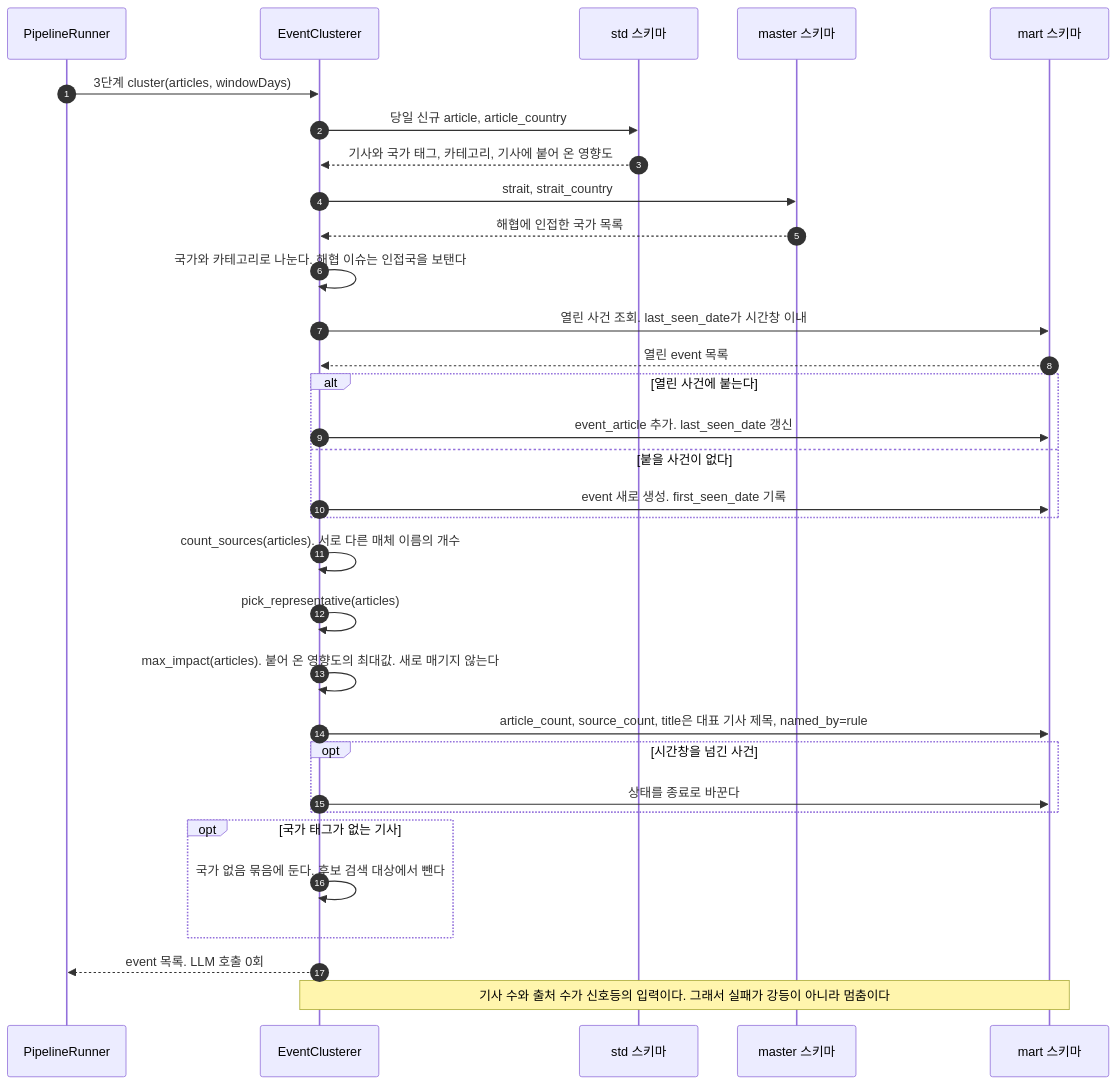
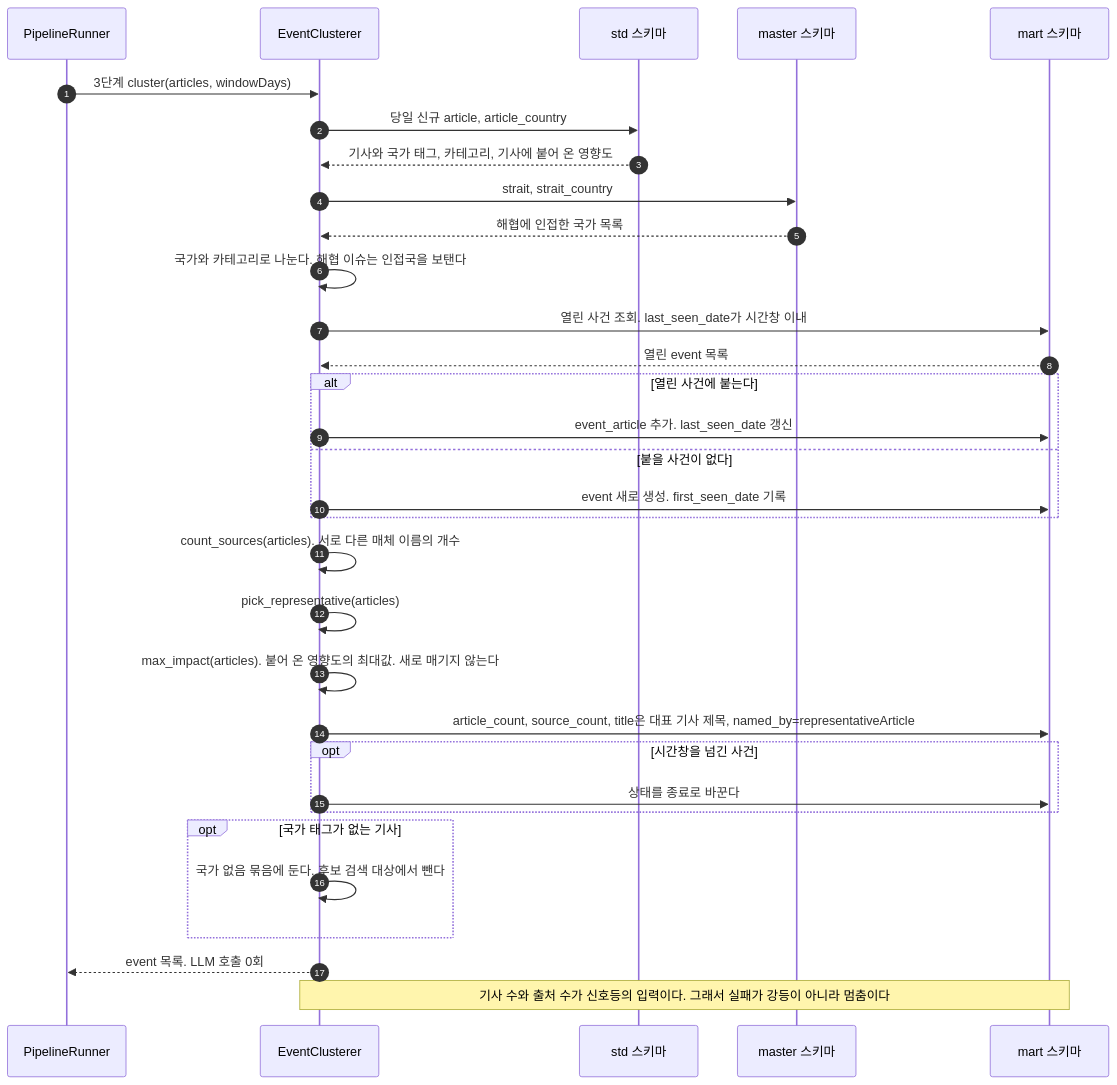
The sixth of 14 diagrams in docs/specs/09-SEQ/TBL-SEQ-001.md (HoyoungParkme/tableau_platform), drawn with Mermaid before and after one commit. The commit also changed other lines of this file, not shown here.

Commit message:
교차 검증 반영: A 리포트 열람 게시 사본 경로 확정(F1 닫음), 도메인 상태 신호등을 5단계 산출물로, notices와 소스별 최신일 게시, 백필 분기, 자기호출 라벨을 MS 이름에 맞춤, named_by=representativeArticle

````diff
--- a/docs/specs/09-SEQ/TBL-SEQ-001.md
+++ b/docs/specs/09-SEQ/TBL-SEQ-001.md
@@ -377,34 +406,34 @@
 ```mermaid
 sequenceDiagram
   autonumber
   participant RUN as PipelineRunner
   participant EVC as EventClusterer
   participant DB_STD as std 스키마
   participant DB_MASTER as master 스키마
   participant DB_MART as mart 스키마
   RUN->>EVC: 3단계 cluster(articles, windowDays)
   EVC->>DB_STD: 당일 신규 article, article_country
   DB_STD-->>EVC: 기사와 국가 태그, 카테고리, 기사에 붙어 온 영향도
   EVC->>DB_MASTER: strait, strait_country
   DB_MASTER-->>EVC: 해협에 인접한 국가 목록
   EVC->>EVC: 국가와 카테고리로 나눈다. 해협 이슈는 인접국을 보탠다
   EVC->>DB_MART: 열린 사건 조회. last_seen_date가 시간창 이내
   DB_MART-->>EVC: 열린 event 목록
   alt 열린 사건에 붙는다
     EVC->>DB_MART: event_article 추가. last_seen_date 갱신
   else 붙을 사건이 없다
     EVC->>DB_MART: event 새로 생성. first_seen_date 기록
   end
   EVC->>EVC: count_sources(articles). 서로 다른 매체 이름의 개수
   EVC->>EVC: pick_representative(articles)
   EVC->>EVC: max_impact(articles). 붙어 온 영향도의 최대값. 새로 매기지 않는다
-  EVC->>DB_MART: article_count, source_count, title은 대표 기사 제목, named_by=rule
+  EVC->>DB_MART: article_count, source_count, title은 대표 기사 제목, named_by=representativeArticle
   opt 시간창을 넘긴 사건
     EVC->>DB_MART: 상태를 종료로 바꾼다
   end
   opt 국가 태그가 없는 기사
     EVC->>EVC: 국가 없음 묶음에 둔다. 후보 검색 대상에서 뺀다
   end
   EVC-->>RUN: event 목록. LLM 호출 0회
   Note over EVC,DB_MART: 기사 수와 출처 수가 신호등의 입력이다. 그래서 실패가 강등이 아니라 멈춤이다
 ```
````
